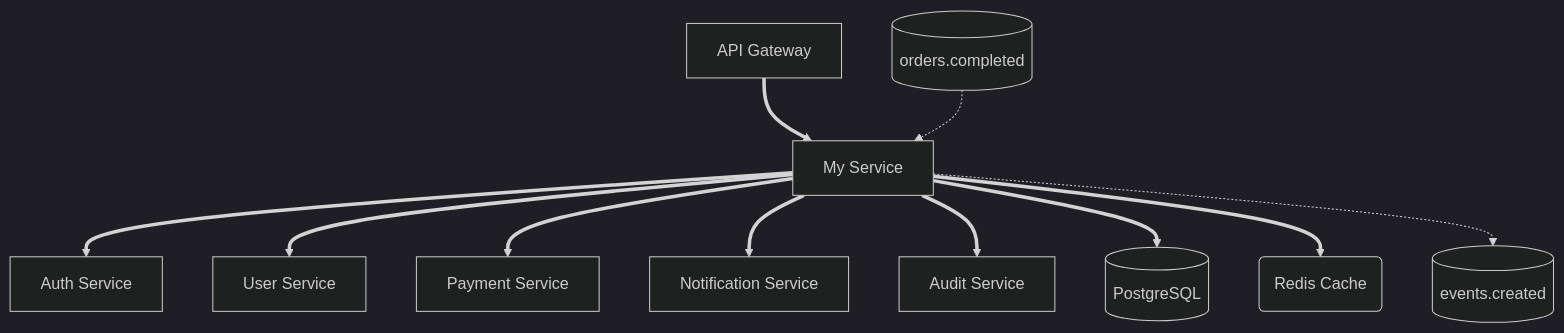
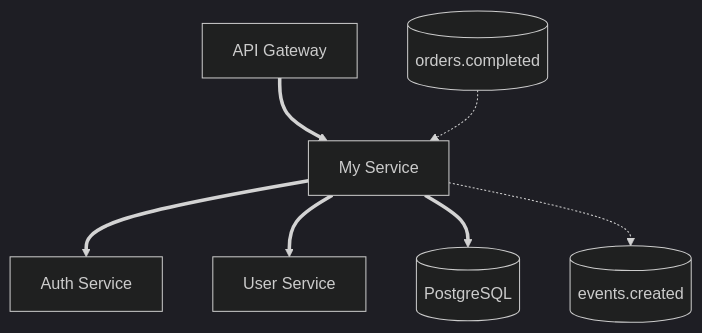
One commit to selimabeniacar/gemini-skills changed the fourth of 4 diagrams in prompts/phase2-generation.md. Above: the diagram before and after it, drawn with Mermaid (dark theme). The commit also changed other lines of this file and 9 other files, not shown here.

````diff
--- a/prompts/phase2-generation.md
+++ b/prompts/phase2-generation.md
@@ -242,16 +225,9 @@
 ```mermaid
 flowchart TD
     E[API Gateway] ==> T[My Service]
-
     T ==> D1[Auth Service]
     T ==> D2[User Service]
-    T ==> D3[Payment Service]
-    T ==> D4[Notification Service]
-    T ==> D5[Audit Service]
-
     T ==> DB[(PostgreSQL)]
-    T ==> C1(Redis Cache)
-
     T -.-> K1[(events.created)]
     K2[(orders.completed)] -.-> T
 ```
````
